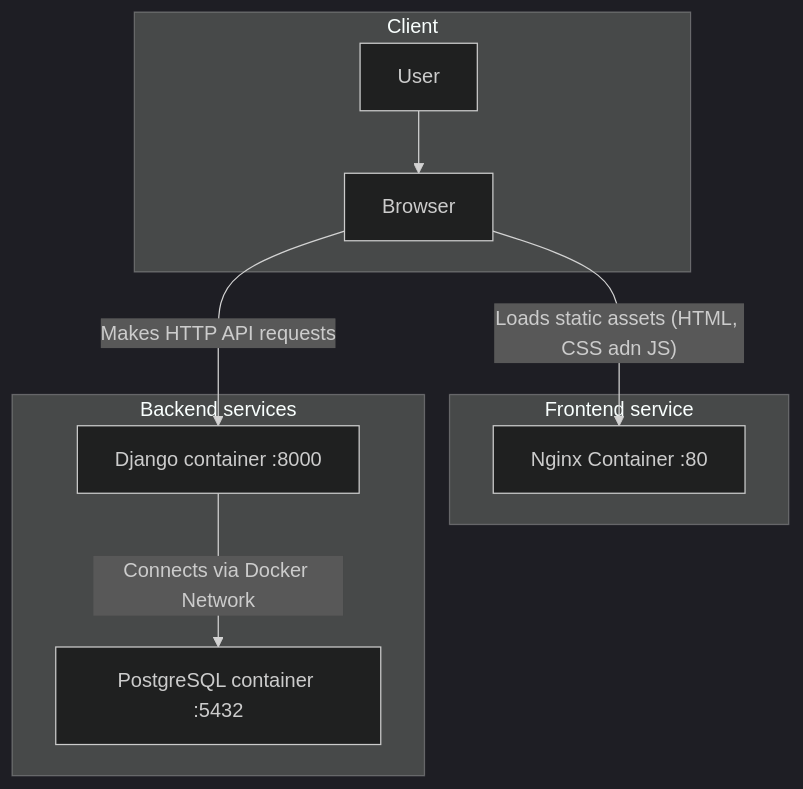
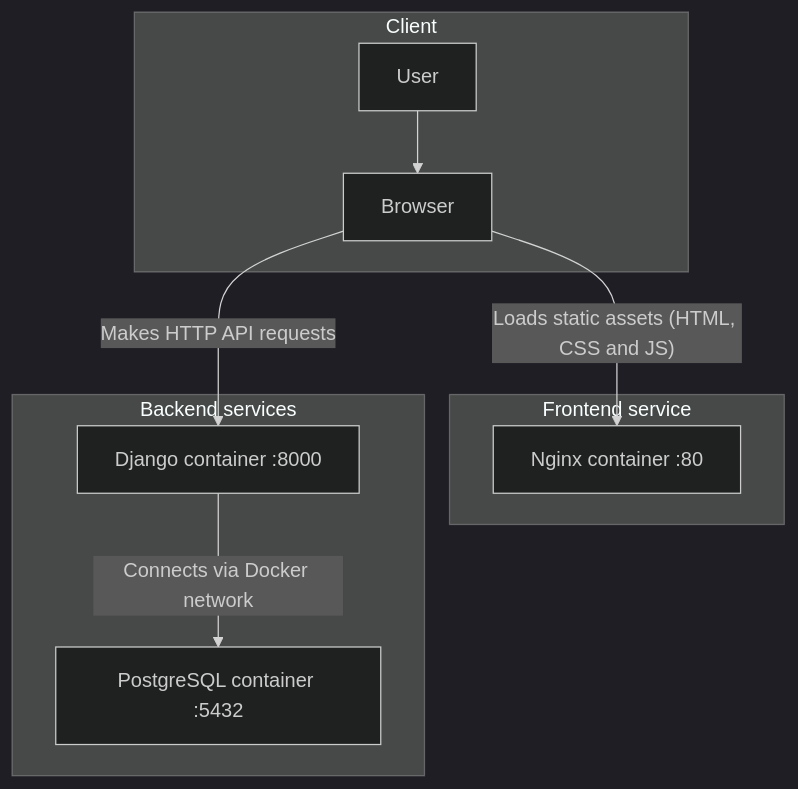
One commit to braz9LKDI/gray_vault changed the diagram in 99-archive/college/thesis/application_architecture.md. Above: the diagram before and after it, drawn with Mermaid (dark theme). The commit also changed other lines of this file and 167 other files, not shown here.

````diff
--- a/99-archive/college/thesis/application_architecture.md
+++ b/99-archive/college/thesis/application_architecture.md
@@ -3,19 +3,19 @@
 ```mermaid
 graph TD
     subgraph Client
         U[User] --> B[Browser]
     end
 
     subgraph "Frontend service"
-        F[Nginx Container :80]
+        F[Nginx container :80]
     end
 
     subgraph "Backend services"
         D[Django container :8000]
         P[PostgreSQL container :5432]
     end
 
-    B -->|"Loads static assets (HTML, CSS adn JS)"| F
+    B -->|"Loads static assets (HTML, CSS and JS)"| F
     B -->|Makes HTTP API requests| D
-    D -->|Connects via Docker Network| P
+    D -->|Connects via Docker network| P
 ```
````
